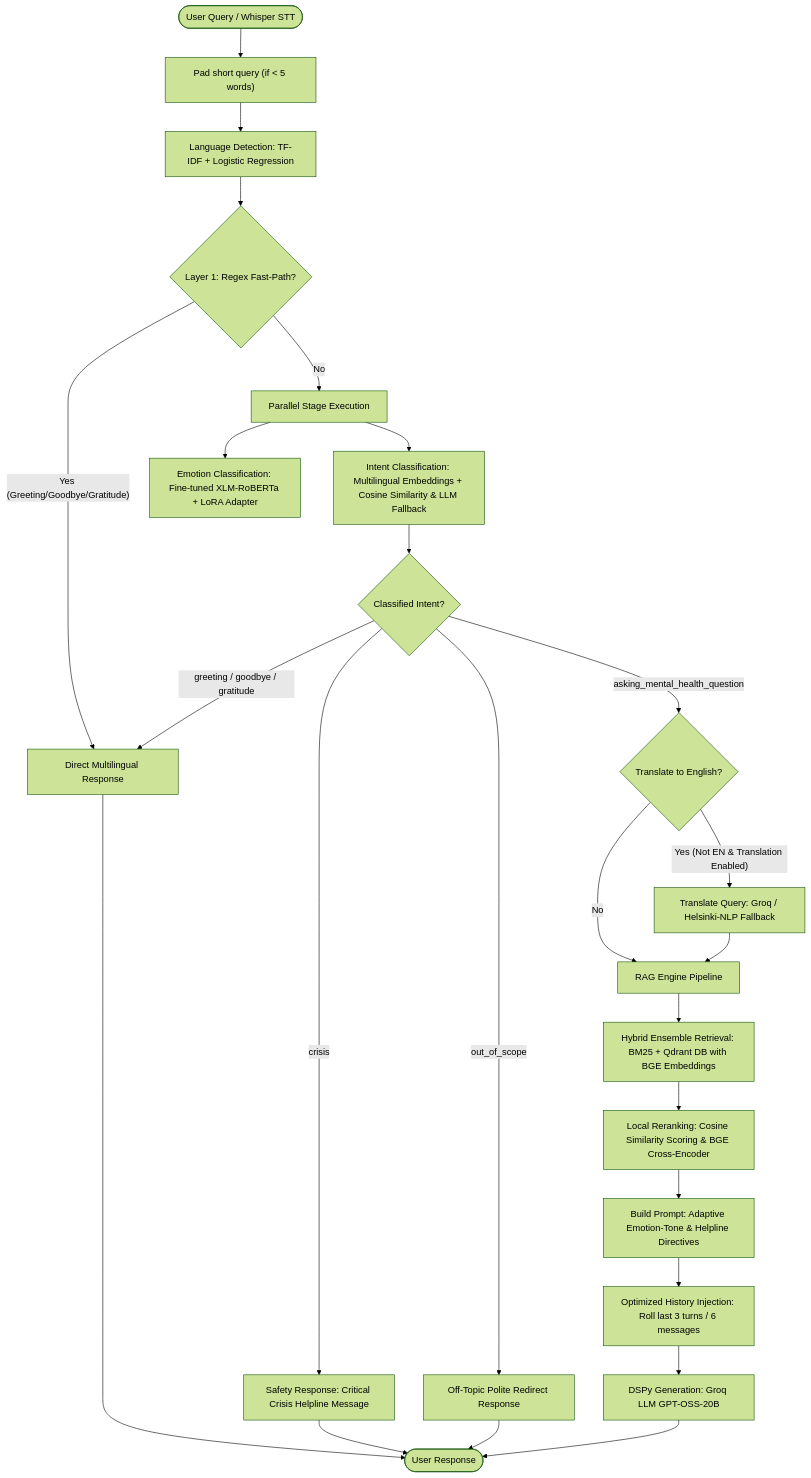
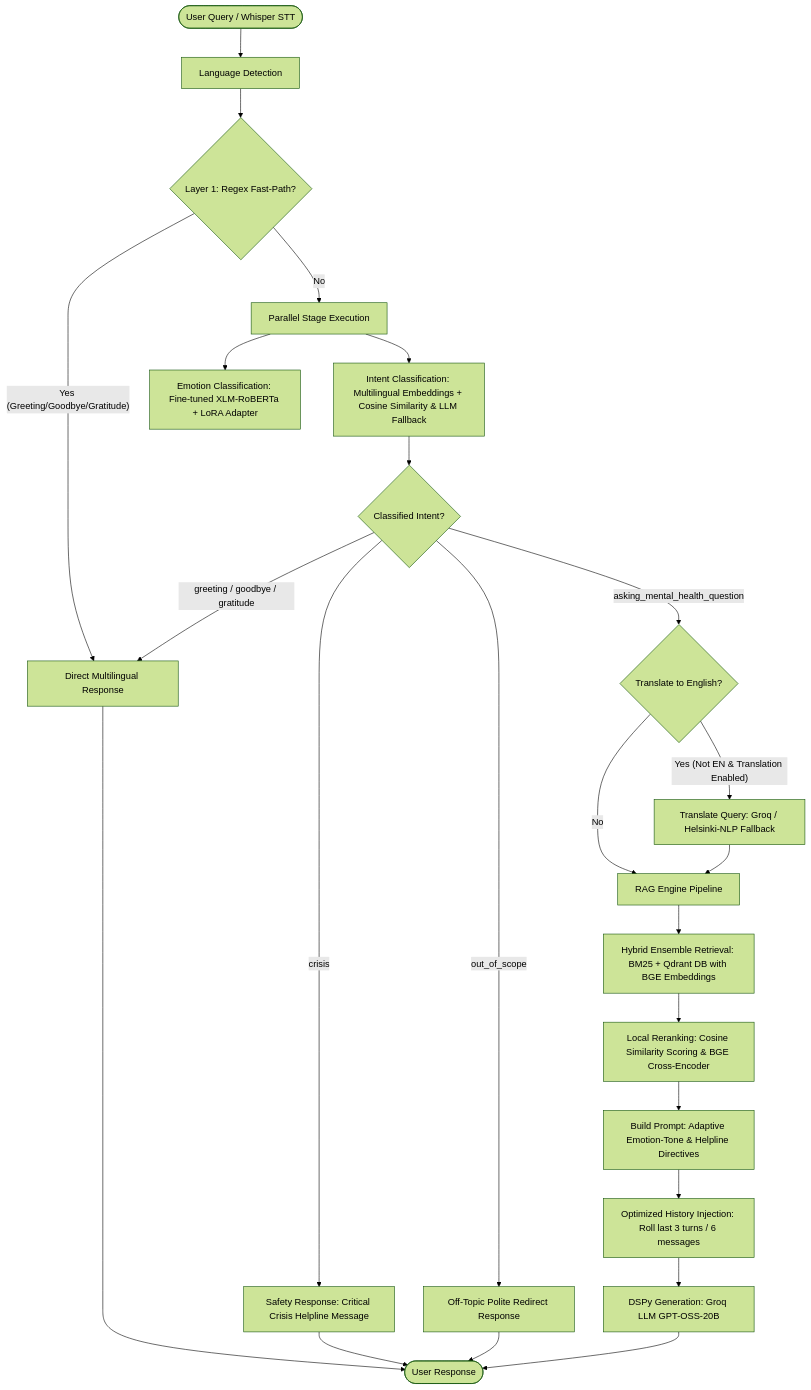
One commit to Mazen149/Mental-Health-RAG-Chatbot changed the diagram in README.md. Above: the diagram before and after it, drawn with Mermaid (forest theme). The commit also changed other lines of this file, not shown here.

Commit message:
docs: update README to document interactive grounding and remove query padding references

````diff
--- a/README.md
+++ b/README.md
@@ -33,41 +33,40 @@
 ```mermaid
 graph TD
-    UserQuery([User Query / Whisper STT]) --> PadShortQuery["Pad short query (if < 5 words)"]
-    PadShortQuery --> LangDetect["Language Detection: TF-IDF + Logistic Regression"]
+    UserQuery([User Query / Whisper STT]) --> LangDetect["Language Detection"]
     LangDetect --> Layer1Router{"Layer 1: Regex Fast-Path?"}
     
     %% Direct Responses
     Layer1Router -- "Yes (Greeting/Goodbye/Gratitude)" --> DirectResponse["Direct Multilingual Response"]
     DirectResponse --> Output([User Response])
 
     %% NLP Processing Layer
     Layer1Router -- "No" --> ClassificationFork["Parallel Stage Execution"]
     
     %% Parallel Classification
     ClassificationFork --> IntentClass["Intent Classification: Multilingual Embeddings + Cosine Similarity & LLM Fallback"]
     ClassificationFork --> EmotionClass["Emotion Classification: Fine-tuned XLM-RoBERTa + LoRA Adapter"]
 
     %% Intent Routing Decision
     IntentClass --> IntentRouter{"Classified Intent?"}
     
     IntentRouter -- "greeting / goodbye / gratitude" --> DirectResponse
     
     IntentRouter -- "crisis" --> CrisisResponse["Safety Response: Critical Crisis Helpline Message"]
     CrisisResponse --> Output
     
     IntentRouter -- "out_of_scope" --> RedirectResponse["Off-Topic Polite Redirect Response"]
     RedirectResponse --> Output
 
     IntentRouter -- "asking_mental_health_question" --> TranslationCheck{"Translate to English?"}
     TranslationCheck -- "Yes (Not EN & Translation Enabled)" --> TransEngine["Translate Query: Groq / Helsinki-NLP Fallback"]
     TranslationCheck -- "No" --> RAGEngine["RAG Engine Pipeline"]
     TransEngine --> RAGEngine
     
     %% RAG Engine Pipeline
     RAGEngine --> HybridRetrieval["Hybrid Ensemble Retrieval: BM25 + Qdrant DB with BGE Embeddings"]
     HybridRetrieval --> Reranker["Local Reranking: Cosine Similarity Scoring & BGE Cross-Encoder"]
     Reranker --> BuildPrompt["Build Prompt: Adaptive Emotion-Tone & Helpline Directives"]
     BuildPrompt --> HistoryPruning["Optimized History Injection: Roll last 3 turns / 6 messages"]
     HistoryPruning --> GroqLLM["DSPy Generation: Groq LLM GPT-OSS-20B"]
     GroqLLM --> Output
 ```
````
